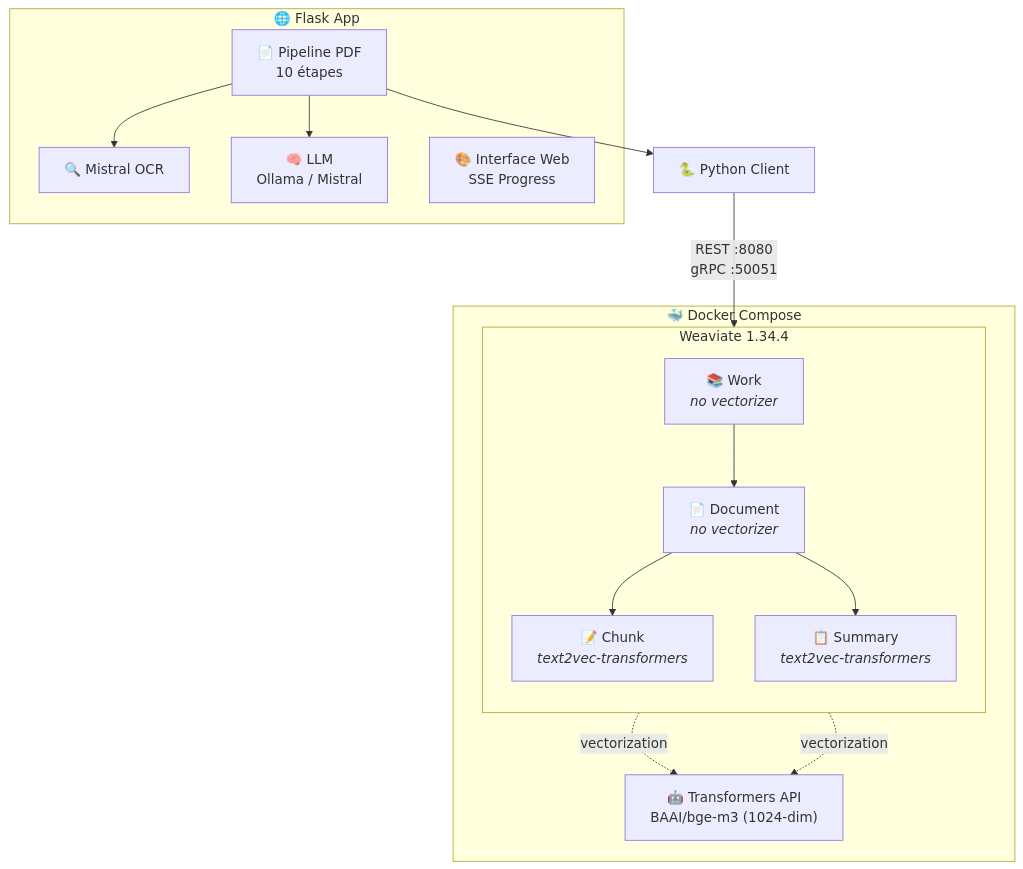
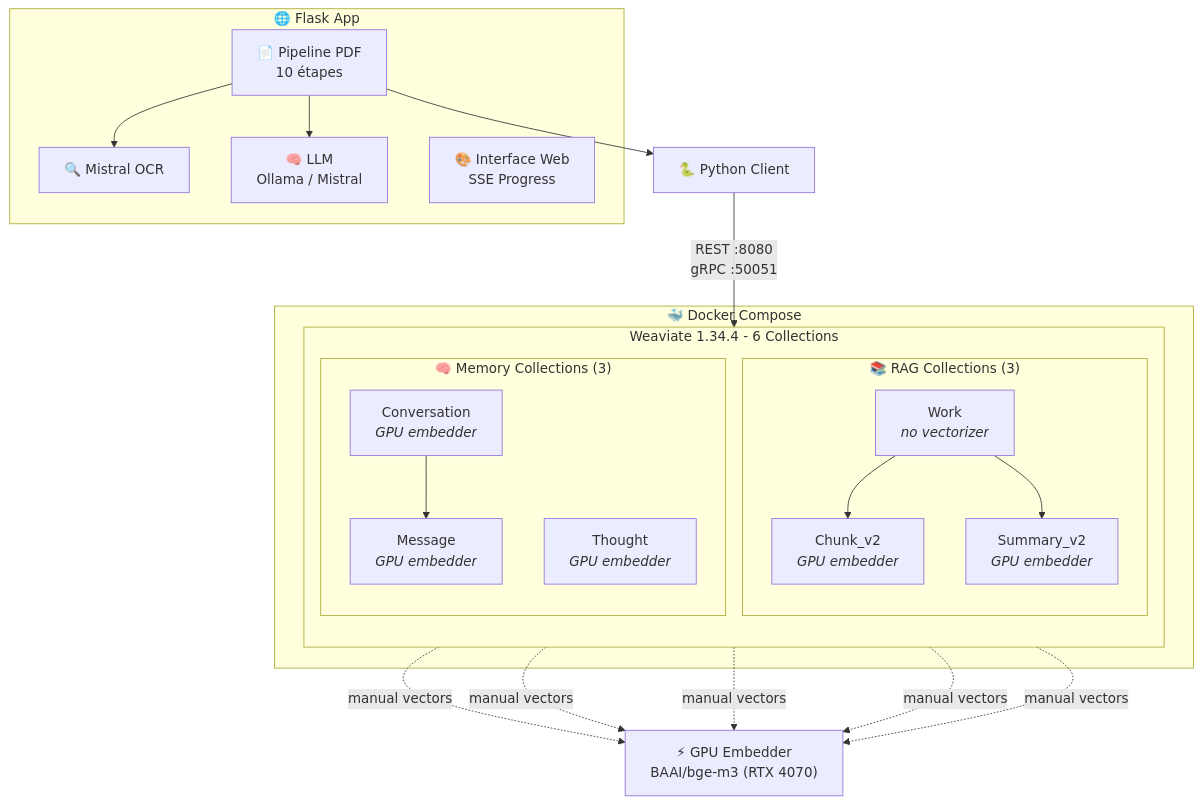
Before and after one commit to davidblanc347/linear-coding-agent: the first of 2 diagrams in generations/library_rag/README.md, drawn with Mermaid. The commit also changed other lines of this file, not shown here.

First line of the commit message:
docs: Update README to reflect 6 collections (3 RAG + 3 Memory)

````diff
--- a/generations/library_rag/README.md
+++ b/generations/library_rag/README.md
@@ -52,34 +52,42 @@
 ```mermaid
 flowchart TB
     subgraph Docker["🐳 Docker Compose"]
-        subgraph Weaviate["Weaviate 1.34.4"]
+        subgraph Weaviate["Weaviate 1.34.4 - 6 Collections"]
             direction TB
-            Work["📚 Work<br/><i>no vectorizer</i>"]
-            Document["📄 Document<br/><i>no vectorizer</i>"]
-            Chunk["📝 Chunk<br/><i>text2vec-transformers</i>"]
-            Summary["📋 Summary<br/><i>text2vec-transformers</i>"]
+            subgraph RAG["📚 RAG Collections (3)"]
+                Work["Work<br/><i>no vectorizer</i>"]
+                Chunk["Chunk_v2<br/><i>GPU embedder</i>"]
+                Summary["Summary_v2<br/><i>GPU embedder</i>"]
+                Work --> Chunk
+                Work --> Summary
+            end
 
-            Work --> Document
-            Document --> Chunk
-            Document --> Summary
+            subgraph Memory["🧠 Memory Collections (3)"]
+                Conv["Conversation<br/><i>GPU embedder</i>"]
+                Msg["Message<br/><i>GPU embedder</i>"]
+                Thought["Thought<br/><i>GPU embedder</i>"]
+                Conv --> Msg
+            end
         end
-
-        Transformers["🤖 Transformers API<br/>BAAI/bge-m3 (1024-dim)"]
     end
 
     subgraph Flask["🌐 Flask App"]
         Parser["📄 Pipeline PDF<br/>10 étapes"]
         OCR["🔍 Mistral OCR"]
         LLM["🧠 LLM<br/>Ollama / Mistral"]
         Web["🎨 Interface Web<br/>SSE Progress"]
     end
 
+    GPUEmbed["⚡ GPU Embedder<br/>BAAI/bge-m3 (RTX 4070)"]
     Client["🐍 Python Client"]
 
     Client -->|"REST :8080<br/>gRPC :50051"| Weaviate
-    Chunk -.->|vectorization| Transformers
-    Summary -.->|vectorization| Transformers
+    Chunk -.->|manual vectors| GPUEmbed
+    Summary -.->|manual vectors| GPUEmbed
+    Conv -.->|manual vectors| GPUEmbed
+    Msg -.->|manual vectors| GPUEmbed
+    Thought -.->|manual vectors| GPUEmbed
     Parser --> OCR
     Parser --> LLM
     Parser --> Client
 ```
````
